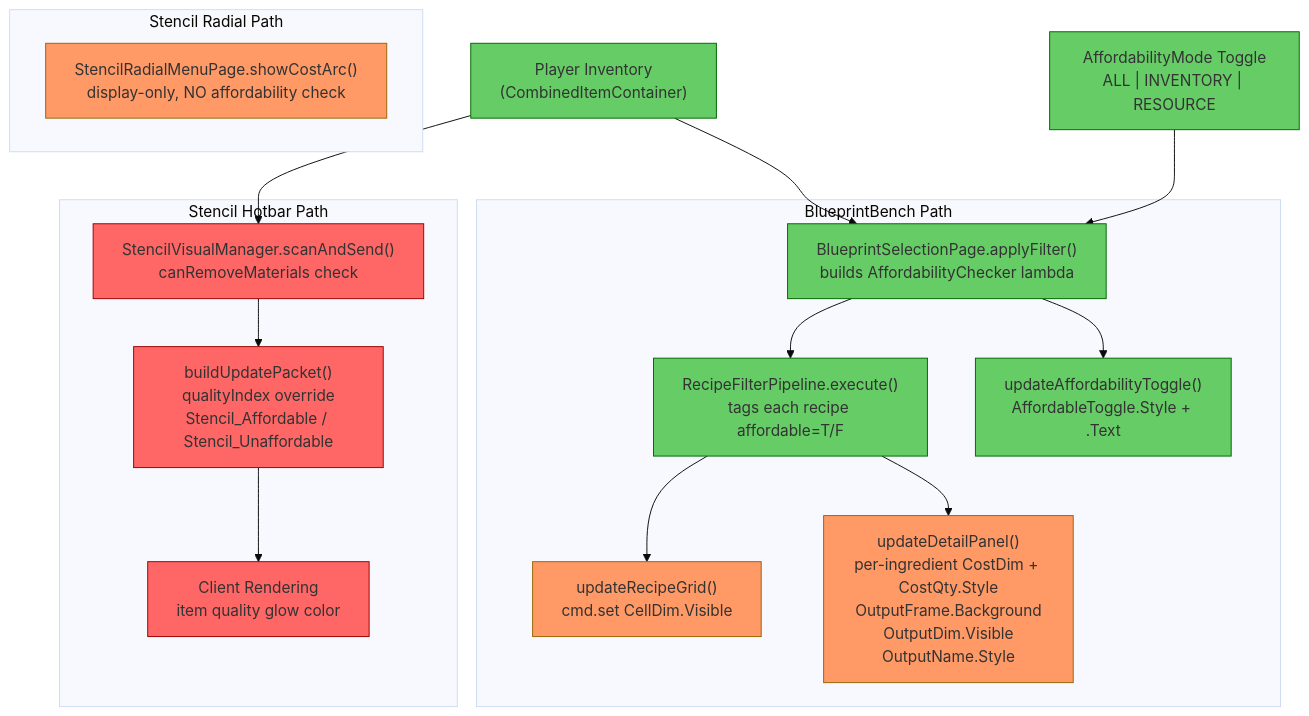
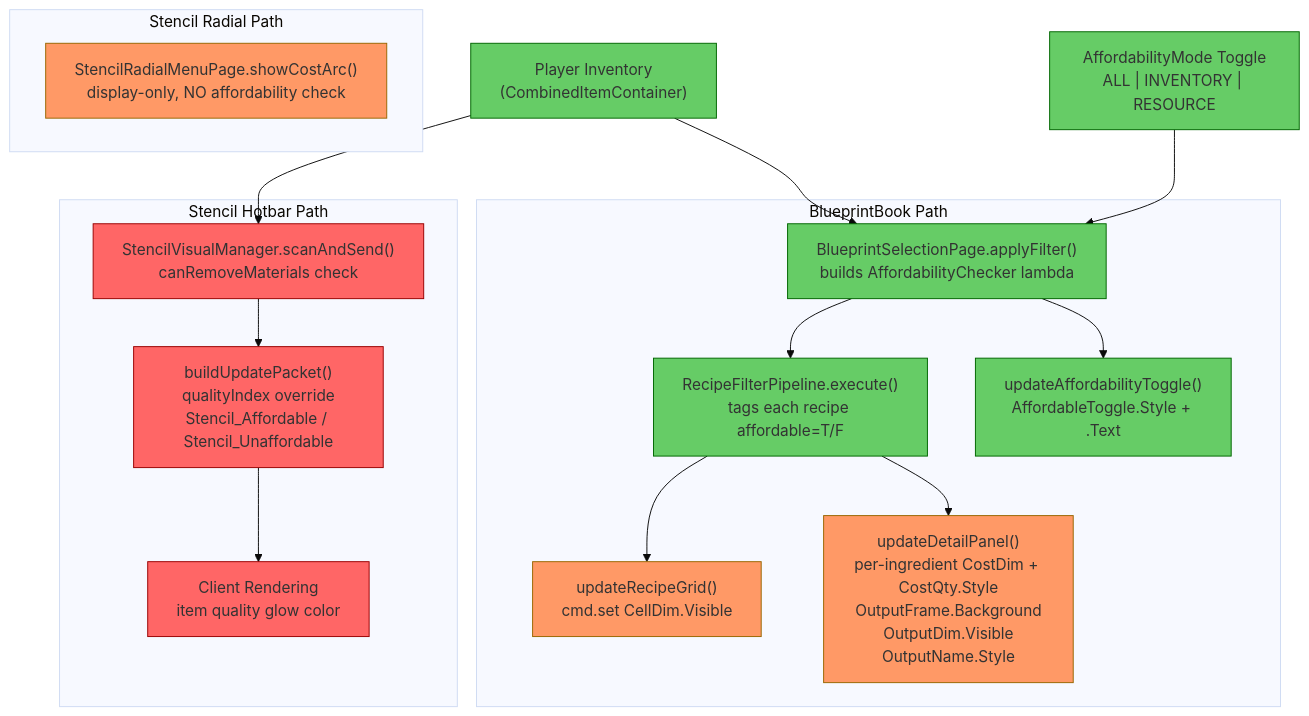
One commit to TheCodeCreature/Hytale-Example-Plugin changed the second of 2 diagrams in docs/review-ui-styling-system.md. Above: the diagram before and after it, drawn with Mermaid (base theme). The commit also changed other lines of this file and 120 other files, not shown here.

First line of the commit message:
Refactor Blueprint Bench to Blueprint Book

````diff
--- a/docs/review-ui-styling-system.md
+++ b/docs/review-ui-styling-system.md
@@ -170,45 +170,45 @@
 ```mermaid
 graph TB
     INV["Player Inventory<br/>(CombinedItemContainer)"]
     AM_NODE["AffordabilityMode Toggle<br/>ALL | INVENTORY | RESOURCE"]
 
-    subgraph "BlueprintBench Path"
+    subgraph "BlueprintBook Path"
         BSP_FILTER["BlueprintSelectionPage.applyFilter()<br/>builds AffordabilityChecker lambda"]
         RFP_EXEC["RecipeFilterPipeline.execute()<br/>tags each recipe affordable=T/F"]
         GRID_VIS["updateRecipeGrid()<br/>cmd.set CellDim.Visible"]
         DETAIL_VIS["updateDetailPanel()<br/>per-ingredient CostDim + CostQty.Style<br/>OutputFrame.Background<br/>OutputDim.Visible<br/>OutputName.Style"]
         TOGGLE_VIS["updateAffordabilityToggle()<br/>AffordableToggle.Style + .Text"]
     end
 
     subgraph "Stencil Hotbar Path"
         SVM_SCAN["StencilVisualManager.scanAndSend()<br/>canRemoveMaterials check"]
         SVM_PKT["buildUpdatePacket()<br/>qualityIndex override<br/>Stencil_Affordable / Stencil_Unaffordable"]
         CLIENT["Client Rendering<br/>item quality glow color"]
     end
 
     subgraph "Stencil Radial Path"
         SRMP_COST["StencilRadialMenuPage.showCostArc()<br/>display-only, NO affordability check"]
     end
 
     INV --> BSP_FILTER
     INV --> SVM_SCAN
     AM_NODE --> BSP_FILTER
     BSP_FILTER --> RFP_EXEC
     RFP_EXEC --> GRID_VIS
     RFP_EXEC --> DETAIL_VIS
     BSP_FILTER --> TOGGLE_VIS
     SVM_SCAN --> SVM_PKT
     SVM_PKT --> CLIENT
 
     style INV fill:#6c6,stroke:#060
     style AM_NODE fill:#6c6,stroke:#060
     style BSP_FILTER fill:#6c6,stroke:#060
     style RFP_EXEC fill:#6c6,stroke:#060
     style GRID_VIS fill:#f96,stroke:#960
     style DETAIL_VIS fill:#f96,stroke:#960
     style TOGGLE_VIS fill:#6c6,stroke:#060
     style SVM_SCAN fill:#f66,stroke:#900
     style SVM_PKT fill:#f66,stroke:#900
     style CLIENT fill:#f66,stroke:#900
     style SRMP_COST fill:#f96,stroke:#960
 ```
````
